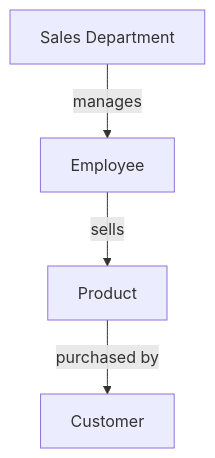
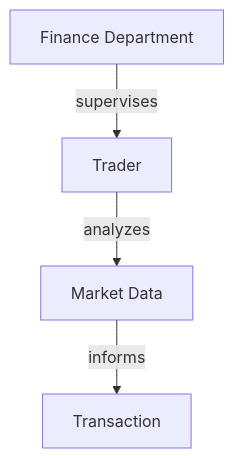
The first of 8 diagrams in README.md (TheGuyFromTheApprentice/ActiveGraphNetworks), drawn with Mermaid before and after one commit. The commit also changed other lines of this file, not shown here.

````diff
--- a/README.md
+++ b/README.md
@@ -31,10 +30,10 @@
 ```mermaid
 graph TD;
-    Node_A["Sales Department"]
-    Node_B["Employee"]
-    Node_C["Product"]
-    Node_D["Customer"]
-    Node_A -->|manages| Node_B
-    Node_B -->|sells| Node_C
-    Node_C -->|purchased by| Node_D
+    Node_A["Finance Department"]
+    Node_B["Trader"]
+    Node_C["Market Data"]
+    Node_D["Transaction"]
+    Node_A -->|supervises| Node_B
+    Node_B -->|analyzes| Node_C
+    Node_C -->|informs| Node_D
 ```
````
